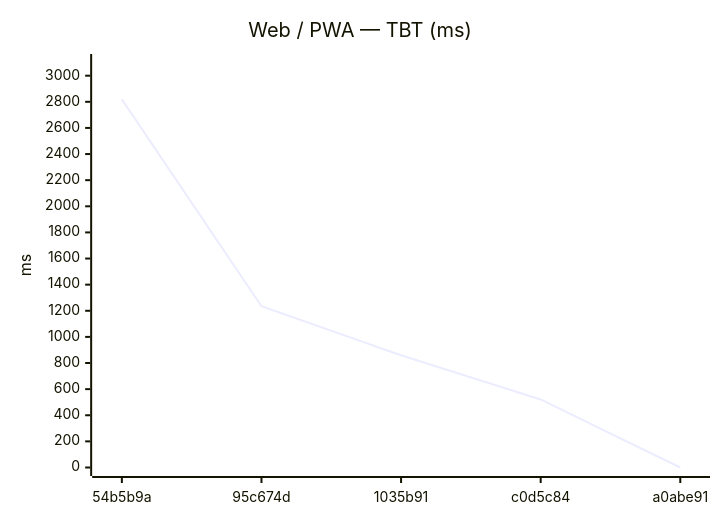
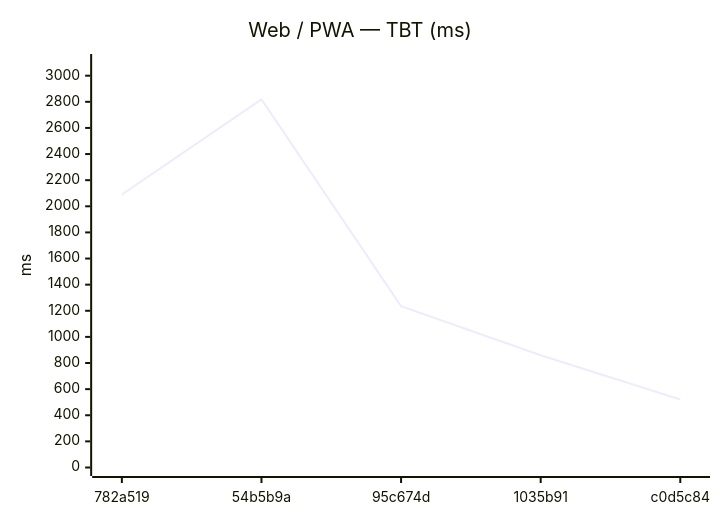
Before and after one commit to Metaheurist/Rianell: the eighth of 18 diagrams in benchmarks/compare.md, drawn with Mermaid. The commit also changed other lines of this file and 11 other files, not shown here.

````diff
--- a/benchmarks/compare.md
+++ b/benchmarks/compare.md
@@ -124,7 +124,7 @@
 ```mermaid
 xychart-beta
     title "Web / PWA — TBT (ms)"
-    x-axis ["54b5b9a", "95c674d", "1035b91", "c0d5c84", "a0abe91"]
+    x-axis ["782a519", "54b5b9a", "95c674d", "1035b91", "c0d5c84"]
     y-axis "ms" 0 --> 3101
-    line [2819, 1235, 859, 521, 0]
+    line [2090, 2819, 1235, 859, 521]
 ```
````
